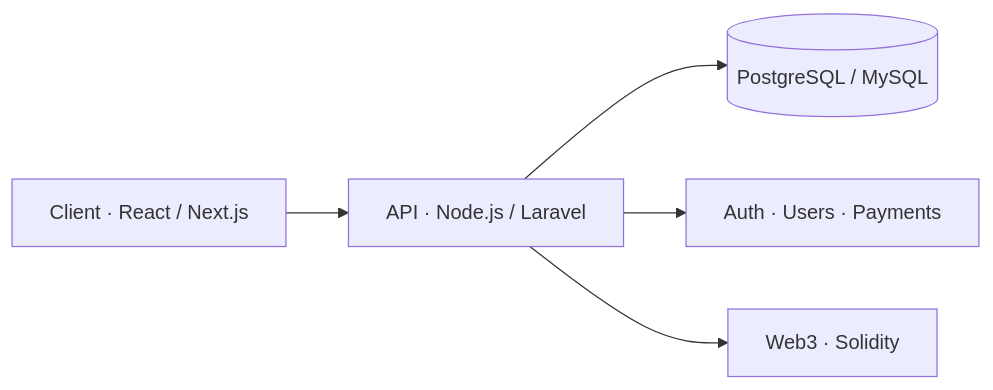
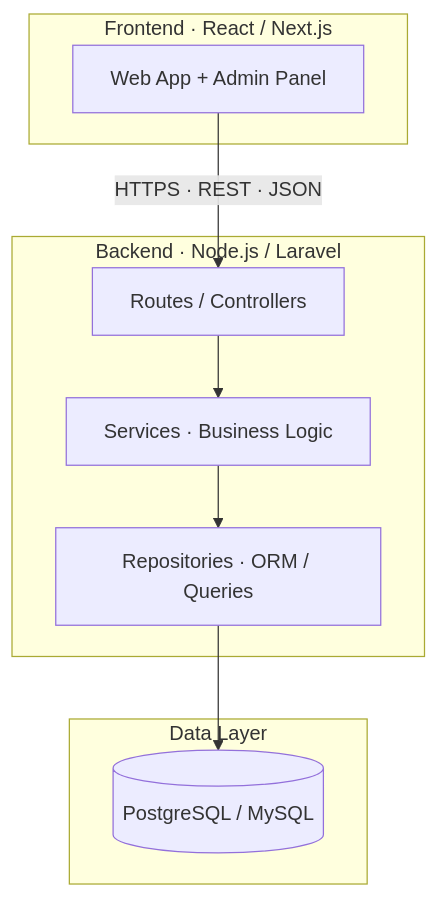
One commit to Edgar-Devloper/Edgar-Devloper changed the second of 2 diagrams in README.md. Above: the diagram before and after it, drawn with Mermaid. The commit also changed other lines of this file, not shown here.

Commit message:
Add dual architecture diagrams and subtle typing SVG

````diff
--- a/README.md
+++ b/README.md
@@ -54,7 +106,18 @@
 ```mermaid
-flowchart LR
-  A[Client · React / Next.js] --> B[API · Node.js / Laravel]
-  B --> C[(PostgreSQL / MySQL)]
-  B --> D[Auth · Users · Payments]
-  B --> E[Web3 · Solidity]
+flowchart TB
+  subgraph CLIENT["Frontend · React / Next.js"]
+    APP[Web App + Admin Panel]
+  end
+
+  subgraph SERVER["Backend · Node.js / Laravel"]
+    R[Routes / Controllers]
+    S[Services · Business Logic]
+    D[Repositories · ORM / Queries]
+  end
+
+  subgraph DATA["Data Layer"]
+    DB[(PostgreSQL / MySQL)]
+  end
+
+  APP -->|HTTPS · REST · JSON| R --> S --> D --> DB
 ```
````
